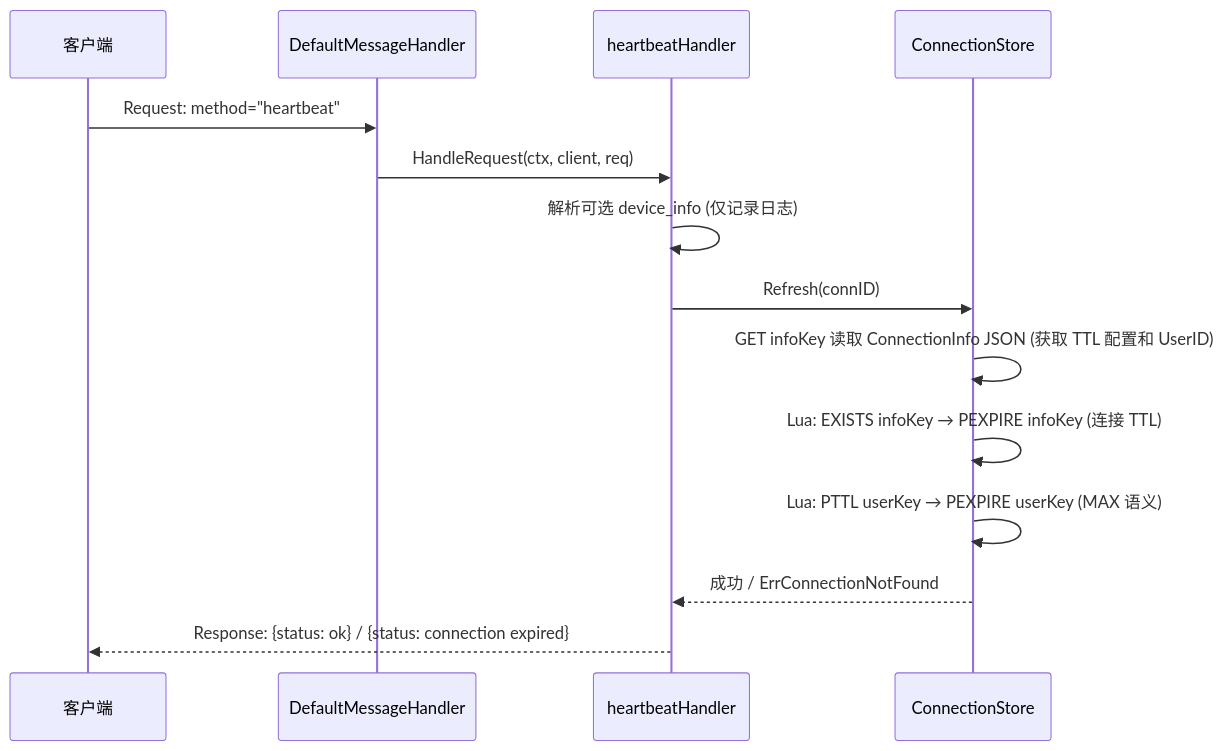
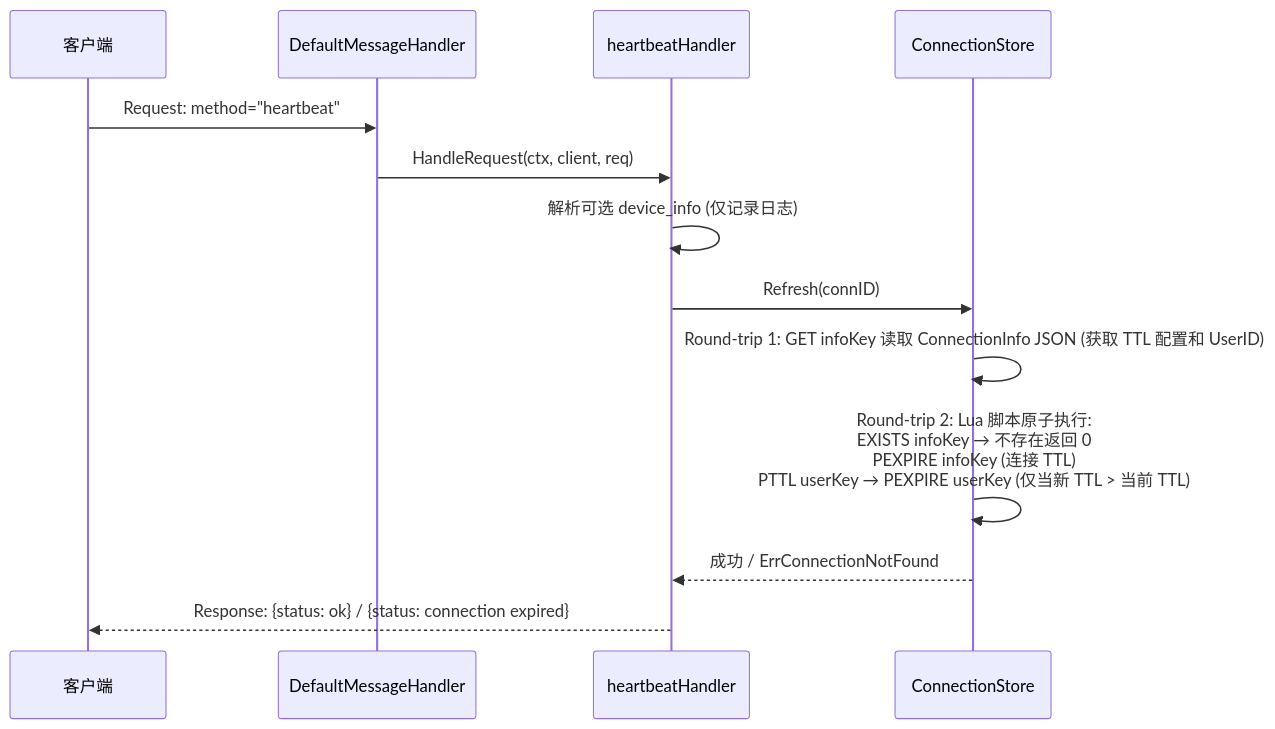
One commit to PineappleBond/xyncra-server changed the fourth of 14 diagrams in wiki/flows/websocket-connection.md. Above: the diagram before and after it, drawn with Mermaid. The commit also changed other lines of this file and 22 other files, not shown here.

````diff
--- a/wiki/flows/websocket-connection.md
+++ b/wiki/flows/websocket-connection.md
@@ -237,17 +249,16 @@
 ```mermaid
 sequenceDiagram
     participant Client as 客户端
     participant DMH as DefaultMessageHandler
     participant HH as heartbeatHandler
     participant CS as ConnectionStore
 
     Client->>DMH: Request: method="heartbeat"
     DMH->>HH: HandleRequest(ctx, client, req)
     HH->>HH: 解析可选 device_info (仅记录日志)
     HH->>CS: Refresh(connID)
-    CS->>CS: GET infoKey 读取 ConnectionInfo JSON (获取 TTL 配置和 UserID)
-    CS->>CS: Lua: EXISTS infoKey → PEXPIRE infoKey (连接 TTL)
-    CS->>CS: Lua: PTTL userKey → PEXPIRE userKey (MAX 语义)
+    CS->>CS: Round-trip 1: GET infoKey 读取 ConnectionInfo JSON (获取 TTL 配置和 UserID)
+    CS->>CS: Round-trip 2: Lua 脚本原子执行:<br/>EXISTS infoKey → 不存在返回 0<br/>PEXPIRE infoKey (连接 TTL)<br/>PTTL userKey → PEXPIRE userKey (仅当新 TTL > 当前 TTL)
     CS-->>HH: 成功 / ErrConnectionNotFound
     HH-->>Client: Response: {status: ok} / {status: connection expired}
 ```
````
